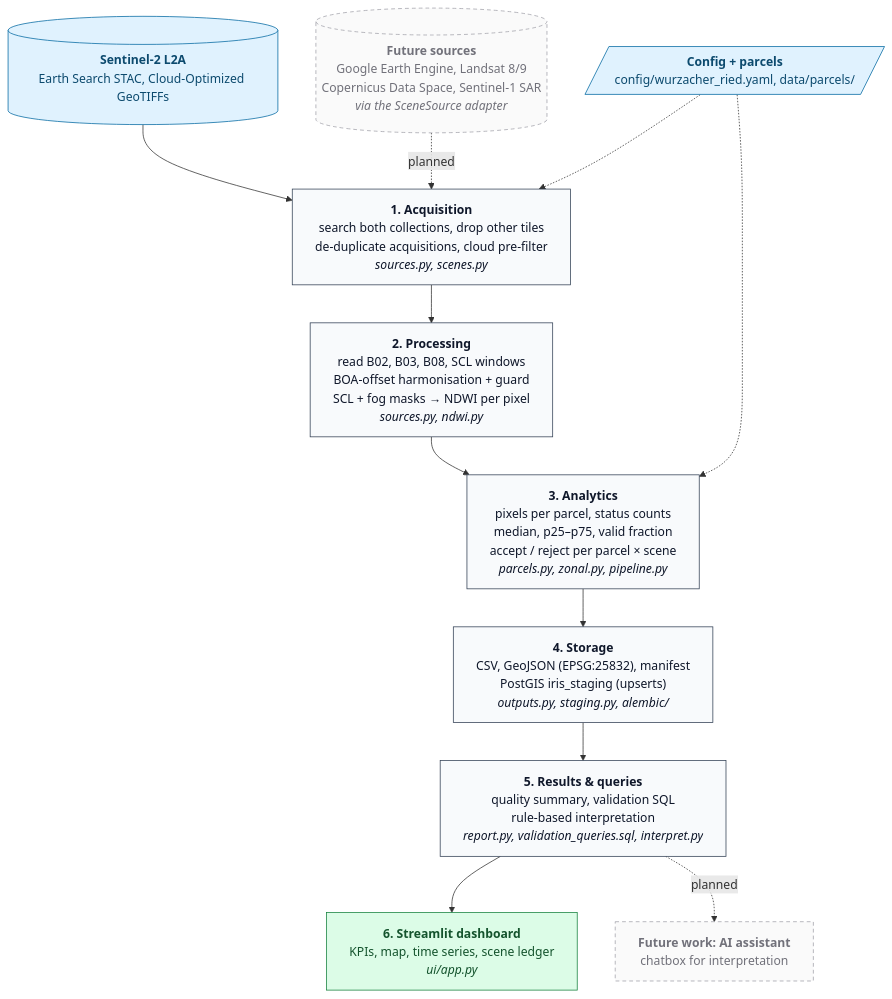
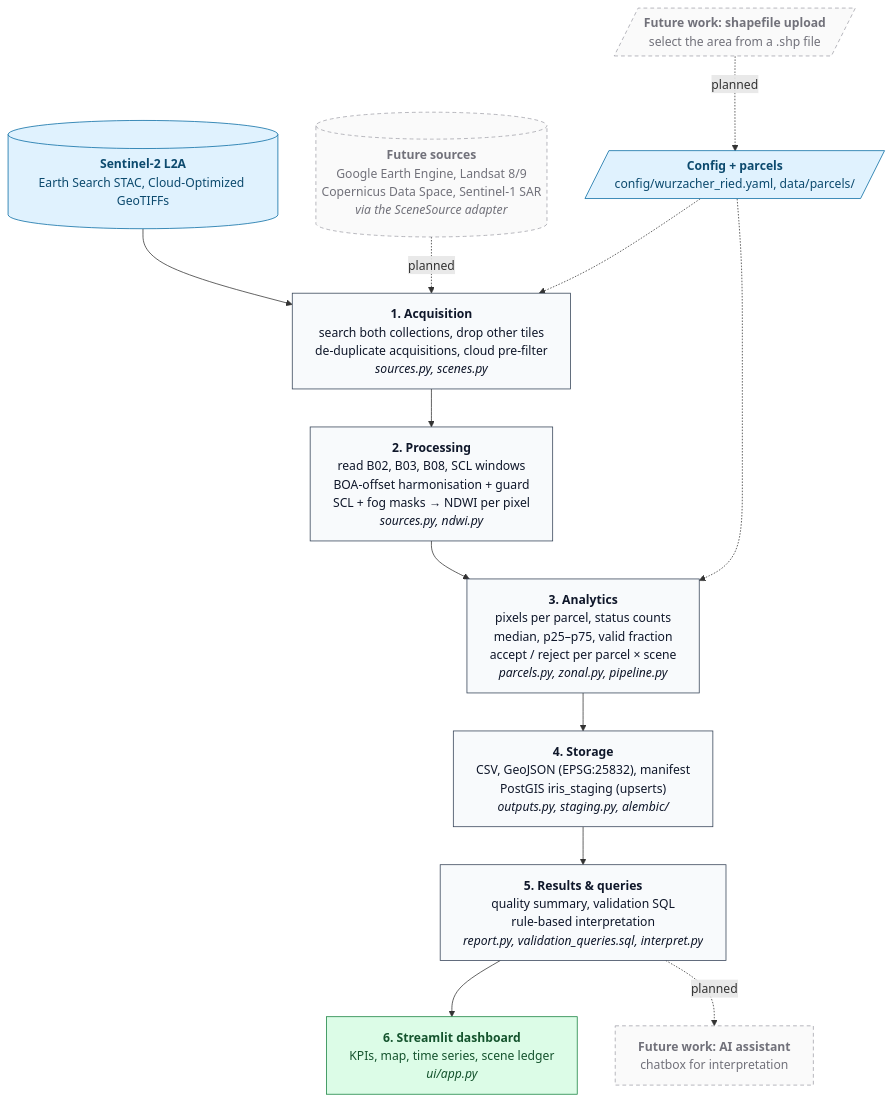
One commit to SomayehAhmadpour/Peatland-Moisture-Index changed the diagram in README.md. Above: the diagram before and after it, drawn with Mermaid.

Commit message:
Workflow diagram: future work, shapefile upload to select the area

````diff
--- a/README.md
+++ b/README.md
@@ -18,30 +18,32 @@
 ```mermaid
 %%{init: {"fontFamily": "Arial, Helvetica, sans-serif", "themeVariables": {"fontFamily": "Arial, Helvetica, sans-serif"}, "flowchart": {"wrappingWidth": 340}}}%%
 flowchart TD
     S2[("<b>Sentinel-2 L2A</b><br/>Earth Search STAC, Cloud-Optimized GeoTIFFs")]
     FUTSRC[("<b>Future sources</b><br/>Google Earth Engine, Landsat 8/9<br/>Copernicus Data Space, Sentinel-1 SAR<br/><i>via the SceneSource adapter</i>")]
     CFG[/"<b>Config + parcels</b><br/>config/wurzacher_ried.yaml, data/parcels/"/]
+    FUTSHP[/"<b>Future work: shapefile upload</b><br/>select the area from a .shp file"/]
 
     ACQ["<b>1. Acquisition</b><br/>search both collections, drop other tiles<br/>de-duplicate acquisitions, cloud pre-filter<br/><i>sources.py, scenes.py</i>"]
     PRO["<b>2. Processing</b><br/>read B02, B03, B08, SCL windows<br/>BOA-offset harmonisation + guard<br/>SCL + fog masks → NDWI per pixel<br/><i>sources.py, ndwi.py</i>"]
     ANA["<b>3. Analytics</b><br/>pixels per parcel, status counts<br/>median, p25–p75, valid fraction<br/>accept / reject per parcel × scene<br/><i>parcels.py, zonal.py, pipeline.py</i>"]
     STO["<b>4. Storage</b><br/>CSV, GeoJSON (EPSG:25832), manifest<br/>PostGIS iris_staging (upserts)<br/><i>outputs.py, staging.py, alembic/</i>"]
     SRV["<b>5. Results & queries</b><br/>quality summary, validation SQL<br/>rule-based interpretation<br/><i>report.py, validation_queries.sql, interpret.py</i>"]
     UI["<b>6. Streamlit dashboard</b><br/>KPIs, map, time series, scene ledger<br/><i>ui/app.py</i>"]
     FUTAI["<b>Future work: AI assistant</b><br/>chatbox for interpretation"]
 
     S2 --> ACQ --> PRO --> ANA --> STO --> SRV --> UI
     CFG -.-> ACQ
     CFG -.-> ANA
+    FUTSHP -.->|planned| CFG
     FUTSRC -.->|planned| ACQ
     SRV -.->|planned| FUTAI
 
     classDef source fill:#e0f2fe,stroke:#0369a1,color:#0c4a6e
     classDef stage fill:#f8fafc,stroke:#334155,color:#0f172a
     classDef ui fill:#dcfce7,stroke:#15803d,color:#14532d
     classDef future fill:#fafafa,stroke:#a1a1aa,stroke-dasharray:5 4,color:#71717a
     class S2,CFG source
     class ACQ,PRO,ANA,STO,SRV stage
     class UI ui
-    class FUTSRC,FUTAI future
+    class FUTSRC,FUTSHP,FUTAI future
 ```
````
